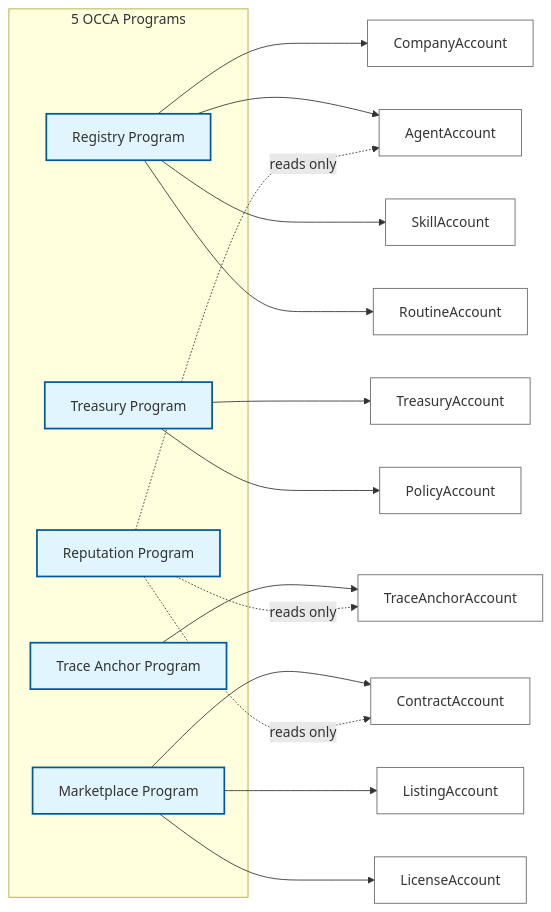
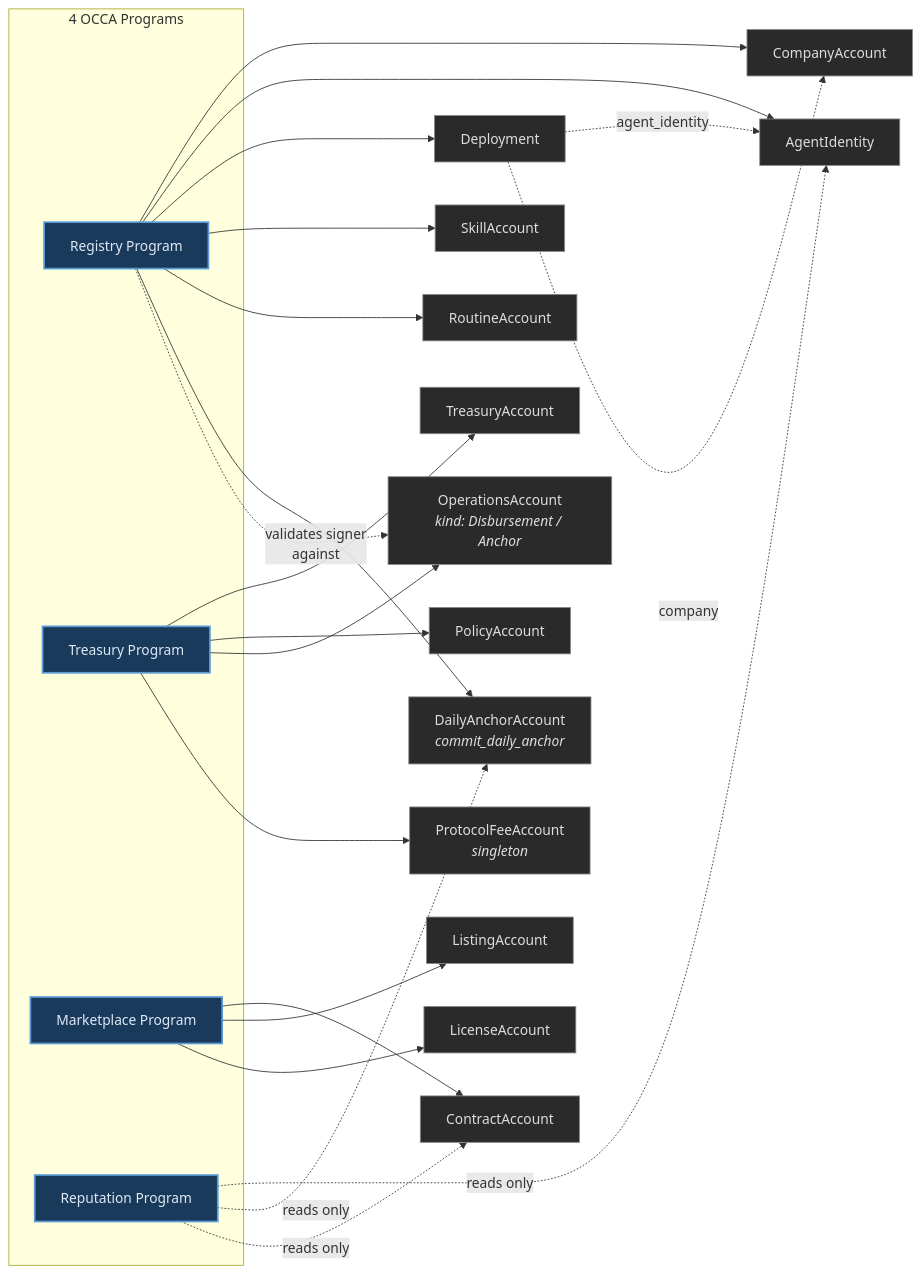
The diagram in docs/diagrams/identity-programs.mmd (Occa-Labs/occa-core), drawn with Mermaid before and after one commit. The commit also changed 105 other files, not shown here.

```diff
--- a/docs/diagrams/identity-programs.mmd
+++ b/docs/diagrams/identity-programs.mmd
@@ -1,32 +1,48 @@
+%% OCCA program ↔ account-ownership map
+%% Source of truth: treasury-program-design.md (§1, §2 Trace architecture, §3, §11)
+%% Note: Trace Anchor is NOT a separate program — `commit_daily_anchor` lives in Registry.
+
 flowchart LR
-    subgraph Programs["5 OCCA Programs"]
+    subgraph Programs["4 OCCA Programs"]
         REG[Registry Program]
         TRP[Treasury Program]
-        TAP[Trace Anchor Program]
         MKT[Marketplace Program]
         REP[Reputation Program]
     end
 
+    %% Registry-owned accounts (incl. daily anchor since Trace Anchor is merged in)
     REG --> CO[CompanyAccount]
-    REG --> AG[AgentAccount]
+    REG --> AI[AgentIdentity]
+    REG --> DE[Deployment]
     REG --> SK[SkillAccount]
     REG --> RT[RoutineAccount]
+    REG --> DA[DailyAnchorAccount<br/><i>commit_daily_anchor</i>]
 
+    %% Identity split FK relations within Registry
+    DE -.->|agent_identity| AI
+    DE -.->|company| CO
+
+    %% Treasury-owned accounts (4 PDAs per §3)
     TRP --> TR[TreasuryAccount]
     TRP --> PO[PolicyAccount]
+    TRP --> OA["OperationsAccount<br/><i>kind: Disbursement / Anchor</i>"]
+    TRP --> PFA[ProtocolFeeAccount<br/><i>singleton</i>]
 
-    TAP --> TA[TraceAnchorAccount]
-
+    %% Marketplace-owned accounts
     MKT --> CT[ContractAccount]
     MKT --> LS[ListingAccount]
     MKT --> LC[LicenseAccount]
 
-    REP -.->|reads only| AG
-    REP -.->|reads only| TA
+    %% Cross-program reads (Reputation is read-only)
+    REP -.->|reads only| AI
+    REP -.->|reads only| DA
     REP -.->|reads only| CT
 
-    classDef prog fill:#e1f5ff,stroke:#01579b,stroke-width:2px
-    classDef acc fill:#fff,stroke:#666
+    %% Cross-program signer authorization
+    REG -.->|"validates signer<br/>against"| OA
 
-    class REG,TRP,TAP,MKT,REP prog
-    class CO,AG,SK,RT,TR,PO,TA,CT,LS,LC acc
+    classDef prog fill:#1a3a5c,stroke:#5b9bd5,color:#dde8f5,stroke-width:2px
+    classDef acc fill:#2a2a2a,stroke:#888888,color:#dddddd
+
+    class REG,TRP,MKT,REP prog
+    class CO,AI,DE,SK,RT,DA,TR,PO,OA,PFA,CT,LS,LC acc
```
